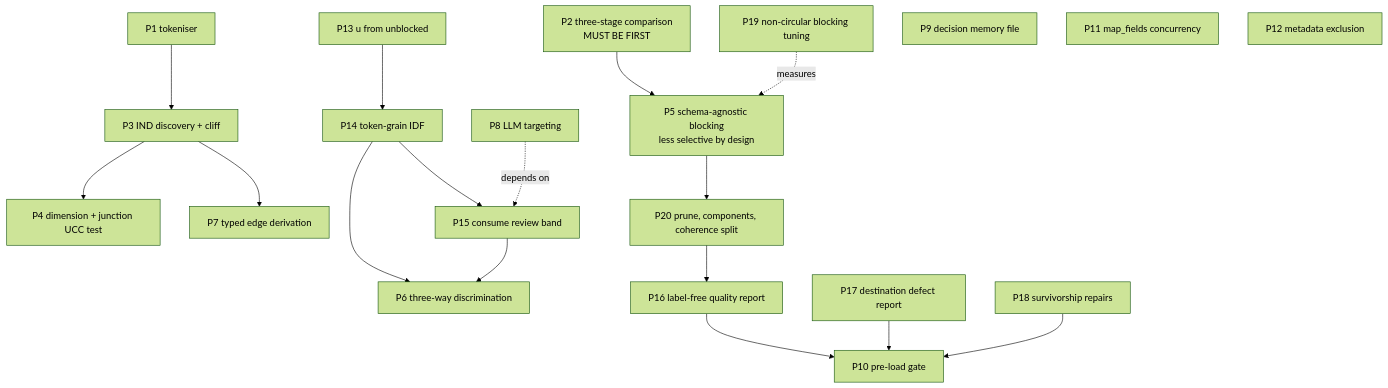
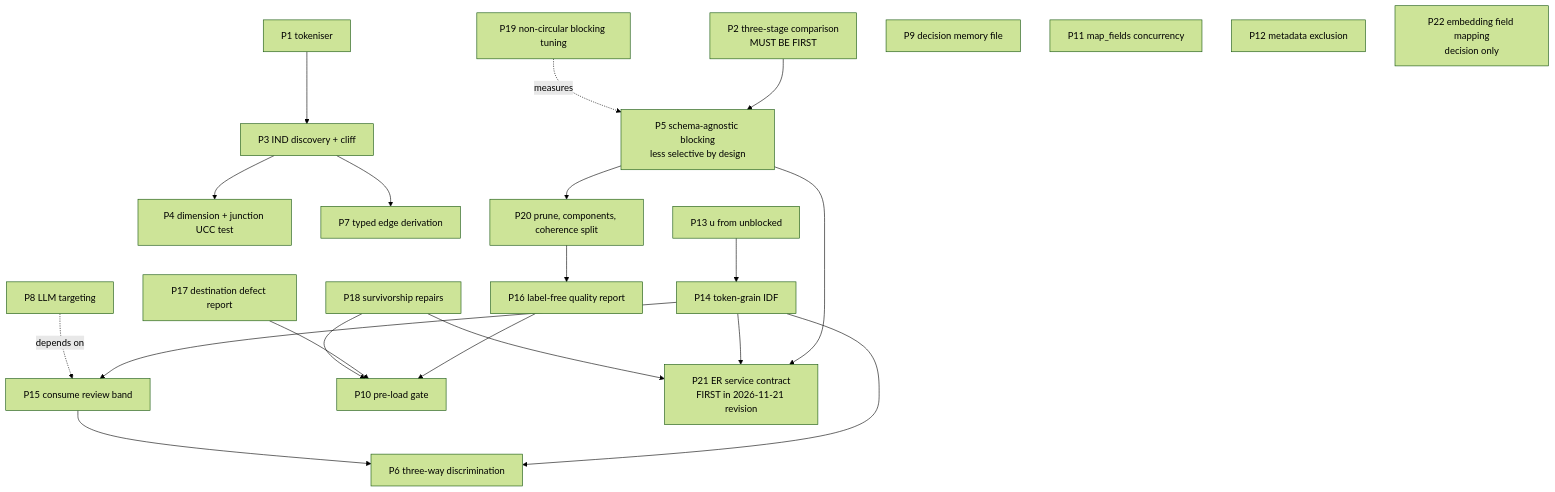
The eighth of 11 diagrams in TECHNICAL_REPORT_2026-09-26.md (bayern4teams/merge-engine), drawn with Mermaid (forest theme) before and after one commit. The commit also changed other lines of this file and 2 other files, not shown here.

First line of the commit message:
docs(part1): ER service contract v1.2 for the Enrichment Engine (P21, P22)

````diff
--- a/TECHNICAL_REPORT_2026-09-26.md
+++ b/TECHNICAL_REPORT_2026-09-26.md
@@ -1529,21 +1776,25 @@
 ```mermaid
 flowchart TB
   P2[P2 three-stage comparison<br/>MUST BE FIRST] --> P5[P5 schema-agnostic blocking<br/>less selective by design]
   P1[P1 tokeniser] --> P3[P3 IND discovery + cliff]
   P3 --> P4[P4 dimension + junction UCC test]
   P3 --> P7[P7 typed edge derivation]
   P13[P13 u from unblocked] --> P14[P14 token-grain IDF]
   P14 --> P6[P6 three-way discrimination]
   P14 --> P15[P15 consume review band]
   P5 --> P20[P20 prune, components, coherence split]
   P15 --> P6
   P20 --> P16[P16 label-free quality report]
   P16 --> P10[P10 pre-load gate]
   P17[P17 destination defect report] --> P10
   P18[P18 survivorship repairs] --> P10
   P19[P19 non-circular blocking tuning] -.measures.-> P5
   P8[P8 LLM targeting] -.depends on.-> P15
   P9[P9 decision memory file]
   P11[P11 map_fields concurrency]
   P12[P12 metadata exclusion]
+  P5 --> P21[P21 ER service contract<br/>FIRST in 2026-11-21 revision]
+  P14 --> P21
+  P18 --> P21
+  P22[P22 embedding field mapping<br/>decision only]
 ```
````
